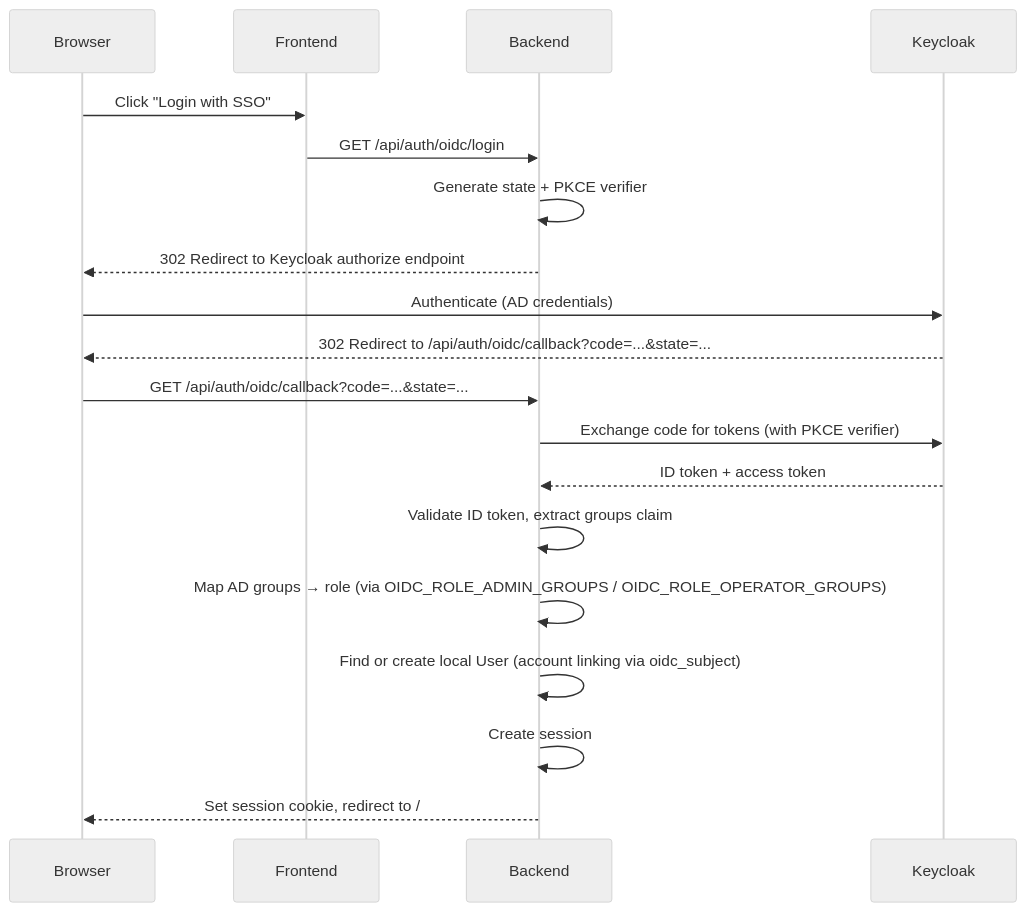
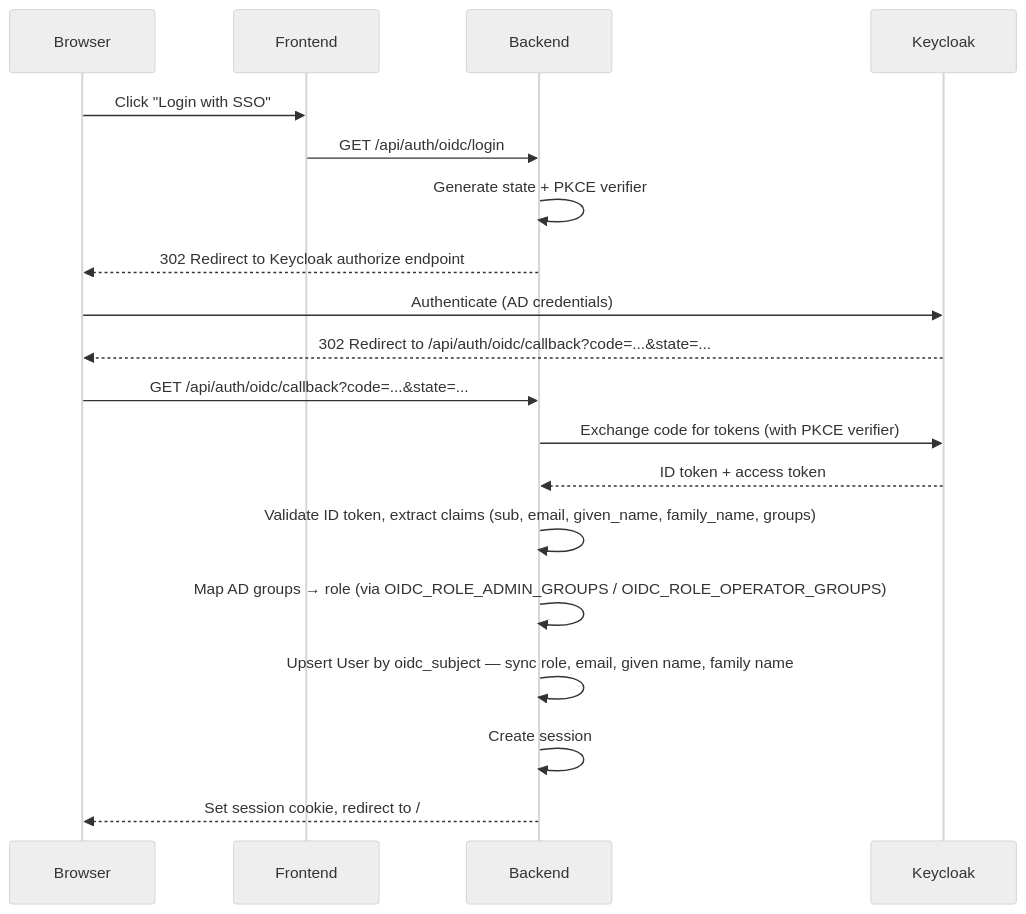
One commit to MacXsimilian/kube-phoenix changed the sixth of 9 diagrams in ARCHITECTURE.md. Above: the diagram before and after it, drawn with Mermaid (neutral theme). The commit also changed other lines of this file and 5 other files, not shown here.

````diff
--- a/ARCHITECTURE.md
+++ b/ARCHITECTURE.md
@@ -1969,24 +2003,24 @@
 ```mermaid
 sequenceDiagram
     participant U as Browser
     participant F as Frontend
     participant B as Backend
     participant K as Keycloak
 
     U->>F: Click "Login with SSO"
     F->>B: GET /api/auth/oidc/login
     B->>B: Generate state + PKCE verifier
     B-->>U: 302 Redirect to Keycloak authorize endpoint
 
     U->>K: Authenticate (AD credentials)
     K-->>U: 302 Redirect to /api/auth/oidc/callback?code=...&state=...
 
     U->>B: GET /api/auth/oidc/callback?code=...&state=...
     B->>K: Exchange code for tokens (with PKCE verifier)
     K-->>B: ID token + access token
-    B->>B: Validate ID token, extract groups claim
+    B->>B: Validate ID token, extract claims (sub, email, given_name, family_name, groups)
     B->>B: Map AD groups → role (via OIDC_ROLE_ADMIN_GROUPS / OIDC_ROLE_OPERATOR_GROUPS)
-    B->>B: Find or create local User (account linking via oidc_subject)
+    B->>B: Upsert User by oidc_subject — sync role, email, given name, family name
     B->>B: Create session
     B-->>U: Set session cookie, redirect to /
 ```
````
